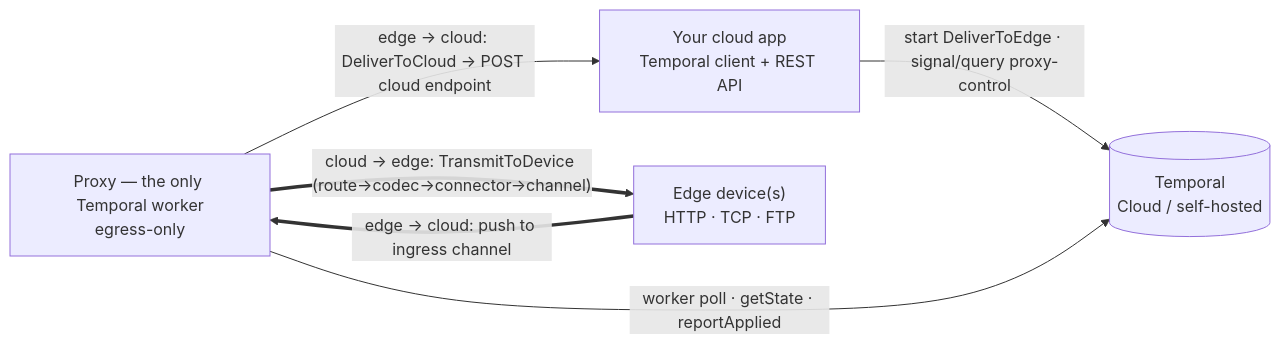
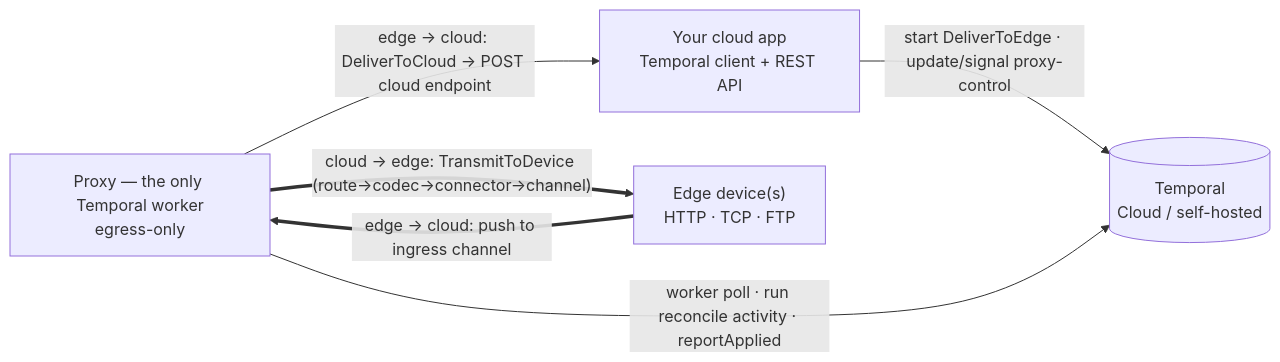
Before and after one commit to stephenmontague/durable-proxy-app: the diagram in README.md, drawn with Mermaid. The commit also changed other lines of this file, not shown here.

````diff
--- a/README.md
+++ b/README.md
@@ -31,13 +31,13 @@
 ```mermaid
 flowchart LR
     app["Your cloud app<br/>Temporal client + REST API"]
     tem[("Temporal<br/>Cloud / self-hosted")]
     prx["Proxy — the only Temporal worker<br/>egress-only"]
     dev["Edge device(s)<br/>HTTP · TCP · FTP"]
 
-    app -->|"start DeliverToEdge · signal/query proxy-control"| tem
-    prx -->|"worker poll · getState · reportApplied"| tem
+    app -->|"start DeliverToEdge · update/signal proxy-control"| tem
+    prx -->|"worker poll · run reconcile activity · reportApplied"| tem
     prx ==>|"cloud → edge: TransmitToDevice (route→codec→connector→channel)"| dev
     dev ==>|"edge → cloud: push to ingress channel"| prx
     prx -->|"edge → cloud: DeliverToCloud → POST cloud endpoint"| app
 ```
````
